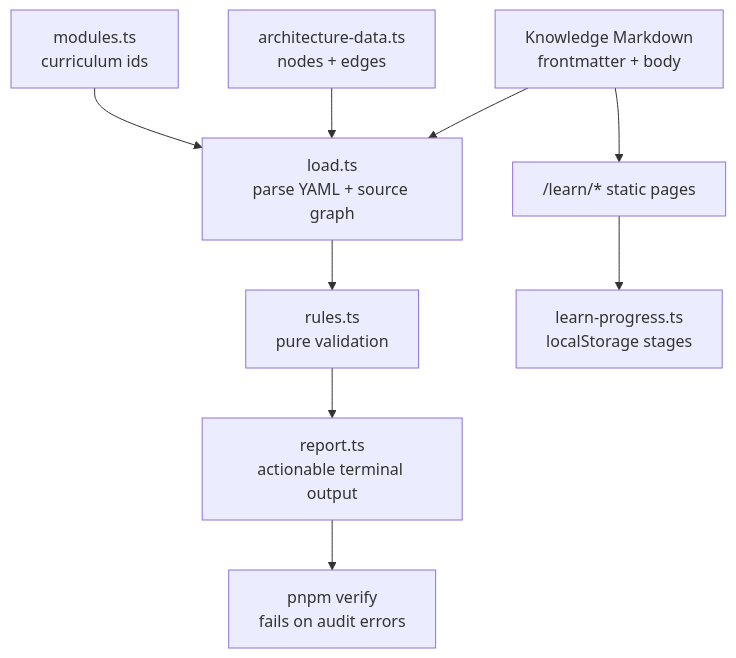
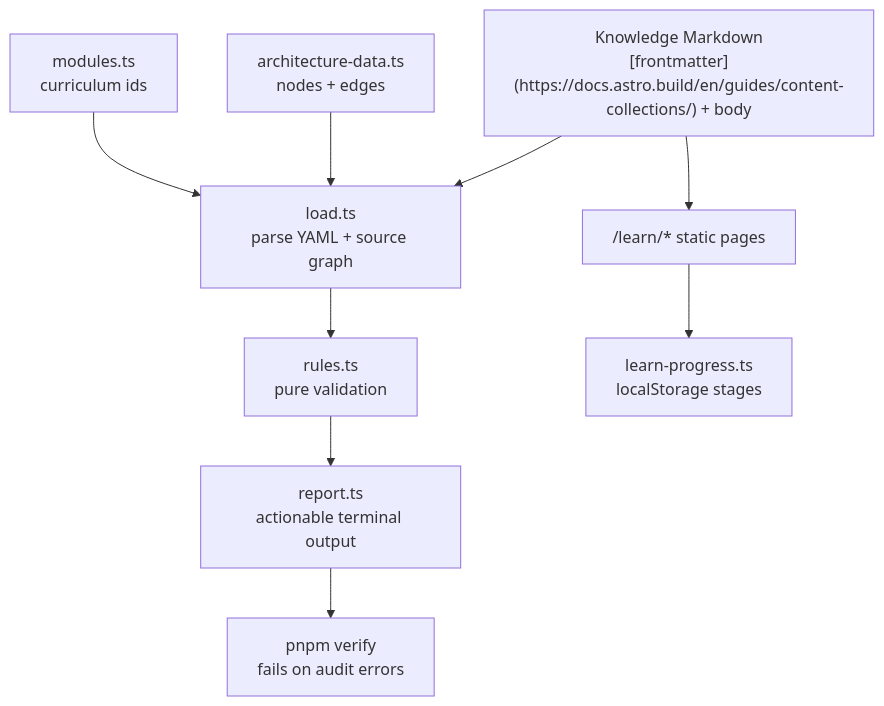
The diagram in src/content/knowledge/features/knowledge-reliability-mastery.md (dmytrolesyk/playground-platform), drawn with Mermaid before and after one commit. The commit also changed other lines of this file and 47 other files, not shown here.

````diff
--- a/src/content/knowledge/features/knowledge-reliability-mastery.md
+++ b/src/content/knowledge/features/knowledge-reliability-mastery.md
@@ -86,11 +86,11 @@
 ```mermaid
 flowchart TD
-    MD["Knowledge Markdown<br/>frontmatter + body"] --> LOAD["load.ts<br/>parse YAML + source graph"]
+    MD["Knowledge Markdown<br/>[frontmatter](https://docs.astro.build/en/guides/content-collections/) + body"] --> LOAD["load.ts<br/>parse YAML + source graph"]
     AD["architecture-data.ts<br/>nodes + edges"] --> LOAD
     MOD["modules.ts<br/>curriculum ids"] --> LOAD
     LOAD --> RULES["rules.ts<br/>pure validation"]
     RULES --> REPORT["report.ts<br/>actionable terminal output"]
     REPORT --> VERIFY["pnpm verify<br/>fails on audit errors"]
     MD --> LEARN["/learn/* static pages"]
     LEARN --> PROGRESS["learn-progress.ts<br/>localStorage stages"]
 ```
````
